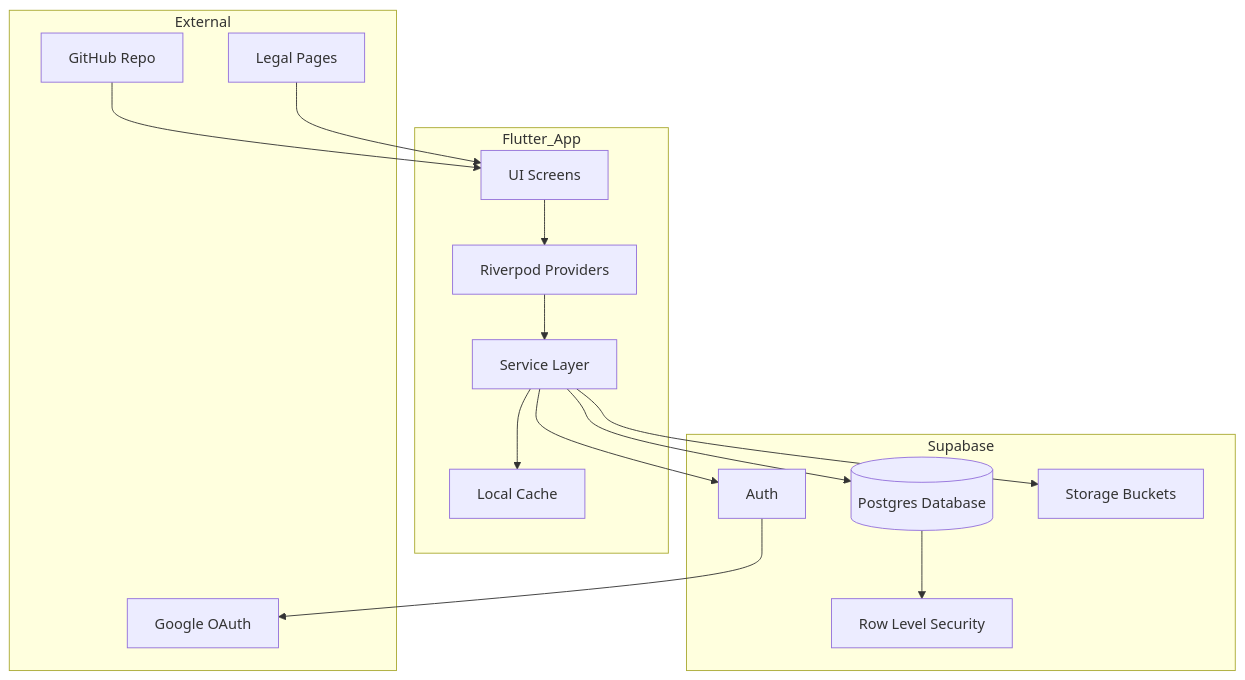
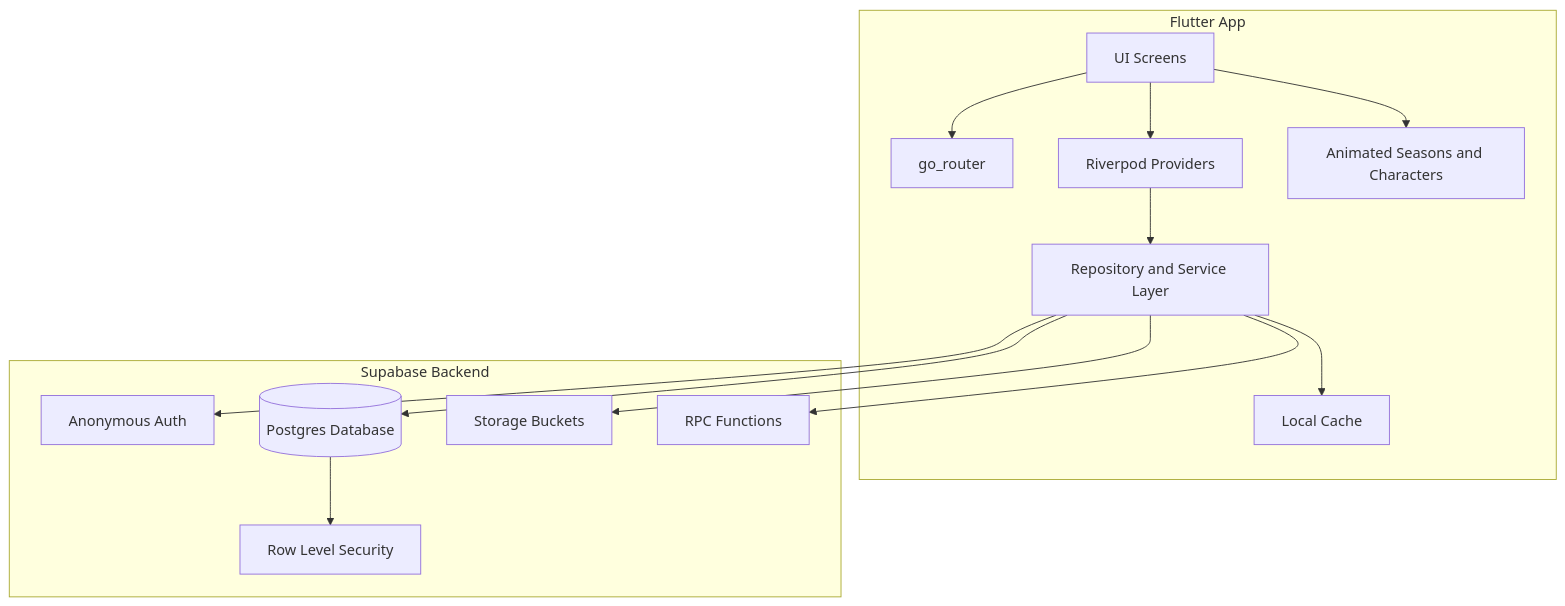
One commit to bipulkumar62/FocusSaga-XP changed the fourth of 14 diagrams in README.md. Above: the diagram before and after it, drawn with Mermaid. The commit also changed other lines of this file, not shown here.

````diff
--- a/README.md
+++ b/README.md
@@ -84,33 +155,30 @@
 ```mermaid
 flowchart TB
-    subgraph Flutter_App
-        A[UI Screens]
-        B[Riverpod Providers]
-        C[Service Layer]
-        D[Local Cache]
+    subgraph Client["Flutter App"]
+        UI[UI Screens]
+        Router[go_router]
+        State[Riverpod Providers]
+        Services[Repository and Service Layer]
+        Cache[Local Cache]
+        Animations[Animated Seasons and Characters]
     end
 
-    subgraph Supabase
-        E[Auth]
-        F[(Postgres Database)]
-        G[Storage Buckets]
-        H[Row Level Security]
+    subgraph Supabase["Supabase Backend"]
+        Auth[Anonymous Auth]
+        DB[(Postgres Database)]
+        Storage[Storage Buckets]
+        RLS[Row Level Security]
+        RPC[RPC Functions]
     end
 
-    subgraph External
-        I[Google OAuth]
-        J[GitHub Repo]
-        K[Legal Pages]
-    end
-
-    A --> B
-    B --> C
-    C --> E
-    C --> F
-    C --> G
-    C --> D
-    E --> I
-    F --> H
-    J --> A
-    K --> A
+    UI --> Router
+    UI --> State
+    State --> Services
+    Services --> Cache
+    Services --> Auth
+    Services --> DB
+    Services --> Storage
+    DB --> RLS
+    Services --> RPC
+    UI --> Animations
 ```
````
